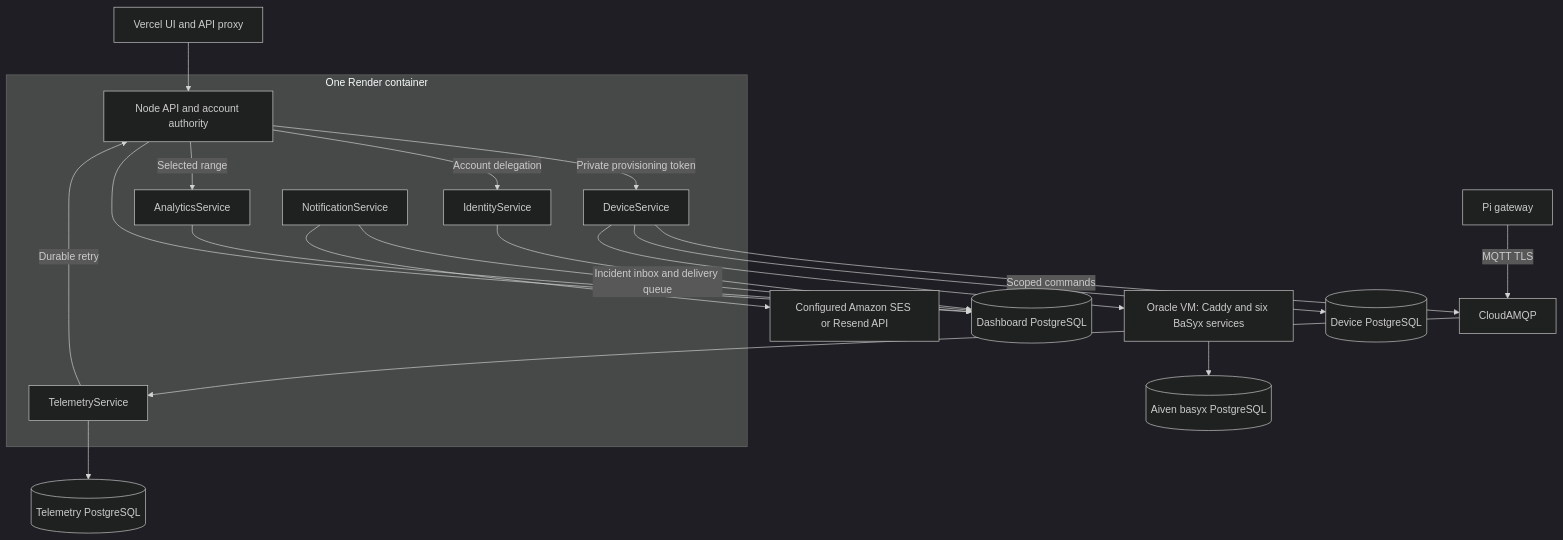
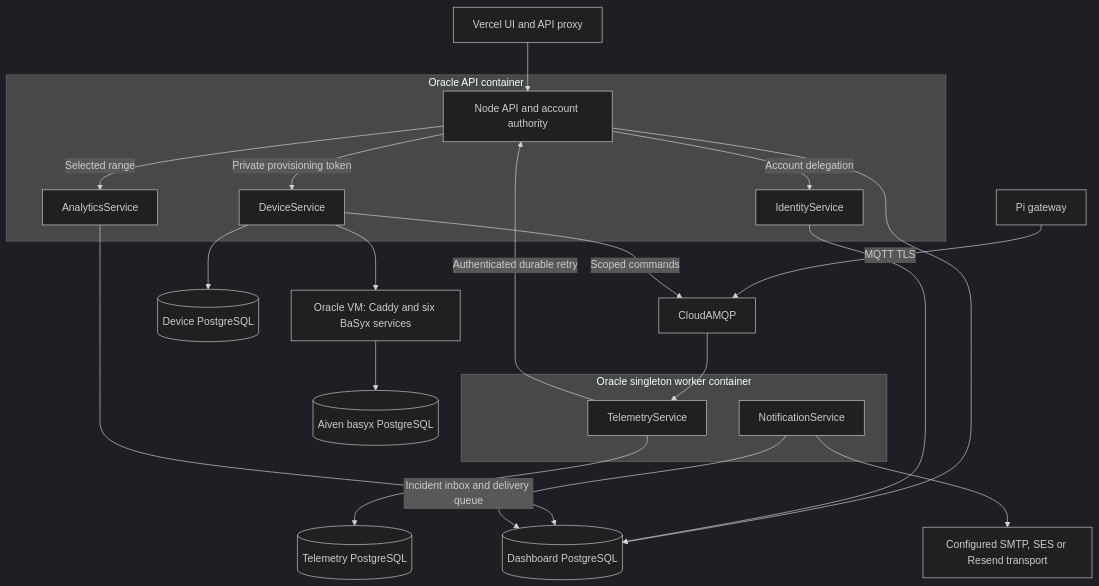
Before and after one commit to DruHustle/smart-factory-backend: the diagram in ARCHITECTURE.md, drawn with Mermaid (dark theme). The commit also changed other lines of this file and 6 other files, not shown here.

````diff
--- a/ARCHITECTURE.md
+++ b/ARCHITECTURE.md
@@ -7,23 +7,26 @@
 ```mermaid
 flowchart TB
   UI[Vercel UI and API proxy] --> Node[Node API and account authority]
-  subgraph Render[One Render container]
+  subgraph OracleAPI[Oracle API container]
     Node -->|Private provisioning token| Device[DeviceService]
     Node -->|Account delegation| Identity[IdentityService]
     Node -->|Selected range| Analytics[AnalyticsService]
-    Telemetry[TelemetryService] -->|Durable retry| Node
+  end
+  subgraph OracleWorker[Oracle singleton worker container]
+    Telemetry[TelemetryService]
     Notifications[NotificationService]
   end
+  Telemetry -->|Authenticated durable retry| Node
   Node --> DashboardDB[(Dashboard PostgreSQL)]
   Identity --> DashboardDB
   Analytics --> DashboardDB
   Notifications -->|Incident inbox and delivery queue| DashboardDB
-  Notifications --> Mail[Configured Amazon SES or Resend API]
+  Notifications --> Mail[Configured SMTP, SES or Resend transport]
   Pi[Pi gateway] -->|MQTT TLS| Broker[CloudAMQP]
   Broker --> Telemetry
   Device -->|Scoped commands| Broker
   Telemetry --> TelemetryDB[(Telemetry PostgreSQL)]
   Device --> DeviceDB[(Device PostgreSQL)]
   Device --> AAS[Oracle VM: Caddy and six BaSyx services]
   AAS --> BaSyxDB[(Aiven basyx PostgreSQL)]
 ```
````
